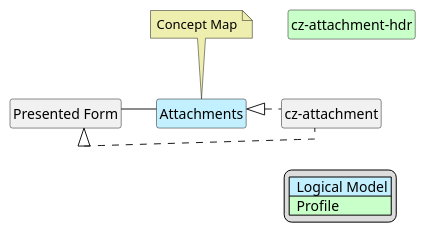
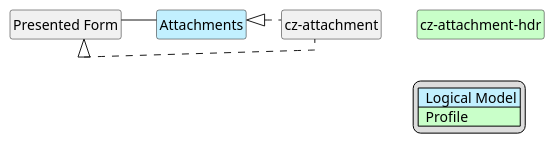
The diagram in input/images-source/Attachment-map.plantuml (HL7-cz/hdr), drawn with PlantUML before and after one commit. The commit also changed 29 other files, not shown here.

```diff
--- a/input/images-source/Attachment-map.plantuml
+++ b/input/images-source/Attachment-map.plantuml
@@ -2,31 +2,28 @@
 @startuml
 hide circle
 hide stereotype
 hide members
 hide methods
 skinparam linetype ortho
 skinparam class {
 BackgroundColor<<LogicalModel>> #APPLICATION
 BackgroundColor<<Profile>> #TECHNOLOGY
 }
 legend right
 | <#APPLICATION>  Logical Model |
 | <#TECHNOLOGY>  Profile |
 endlegend
 
 class "Attachments" <<LogicalModel>> [[StructureDefinition-AttachmentsCz.html]]
-note top #EEEEAE [[ConceptMap-AttachmentHDR2FHIR-cz.html]]
-Concept Map
-endnote
 
 class "cz-attachment-hdr" <<Profile>> [[StructureDefinition-cz-attachment-hdr.html]]
 
 "Presented Form" -- "Attachments"
 "Presented Form" <|. "cz-attachment"
 "Attachments" <|. "cz-attachment"
 
 "Presented Form" -r[hidden]-> "Attachments"
 "Presented Form" -d[hidden]-> "cz-attachment"
 "Attachments" -d[hidden]-> "cz-attachment"
 
 @enduml
```
